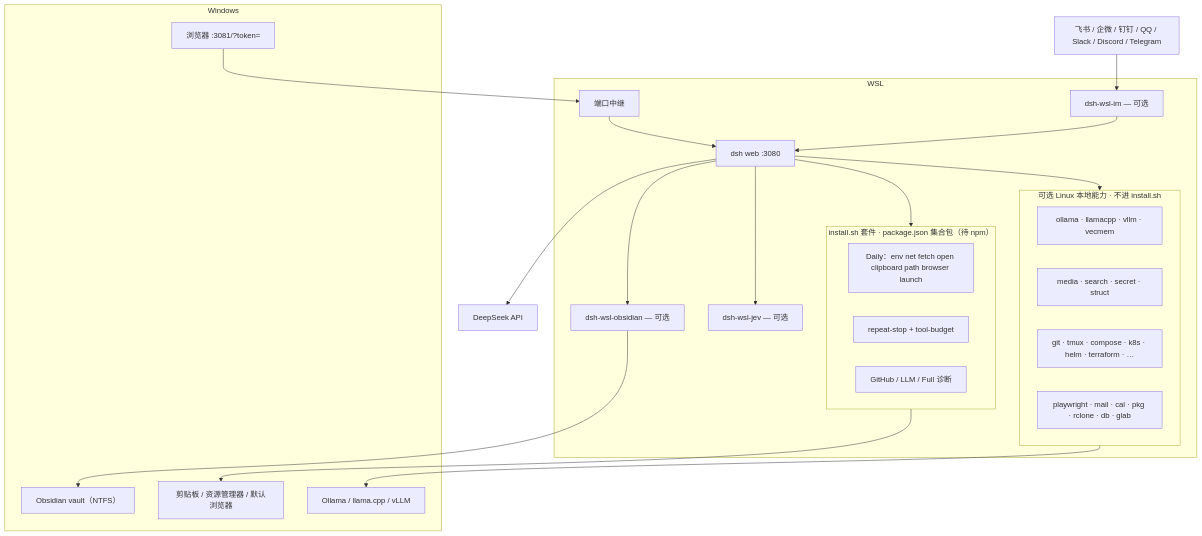
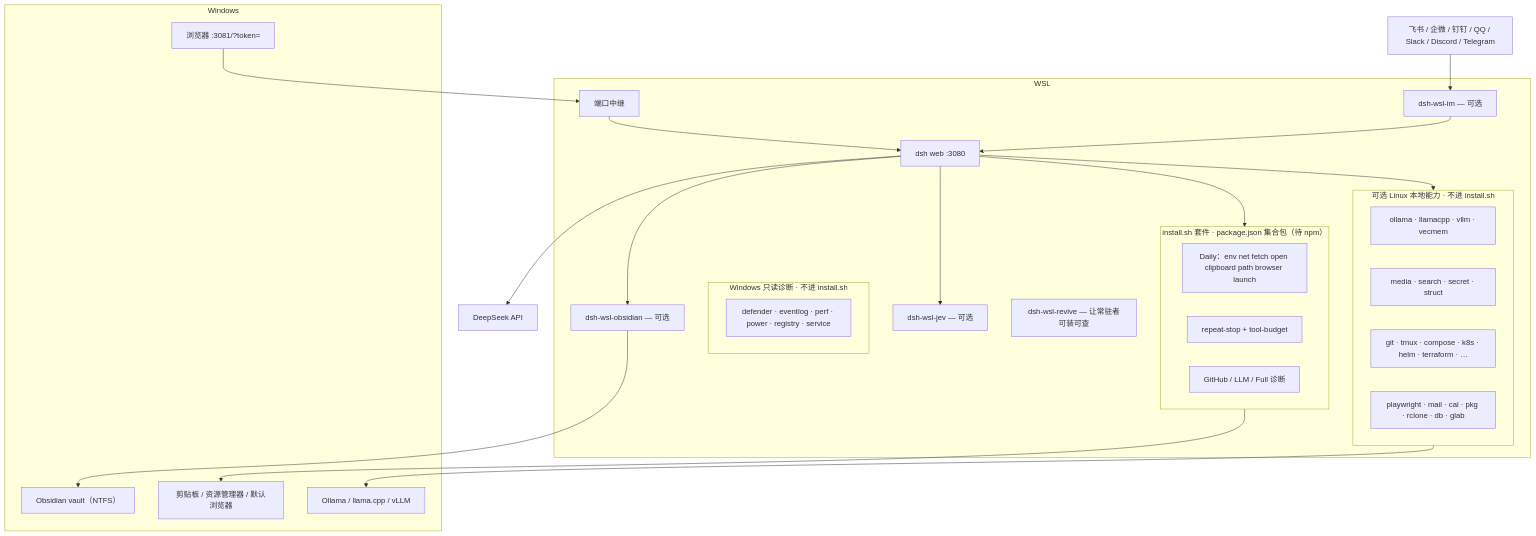
The diagram in README.zh.md (173787247/dsh-wsl-kit), drawn with Mermaid before and after one commit. The commit also changed other lines of this file and 1 other file, not shown here.

First line of the commit message:
docs: say that three plugins install under a different name, and show the newer plugins

````diff
--- a/README.zh.md
+++ b/README.zh.md
@@ -15,40 +15,44 @@
 ```mermaid
 flowchart TB
   subgraph win [Windows]
     browser["浏览器 :3081/?token="]
     host["剪贴板 / 资源管理器 / 默认浏览器"]
     vault["Obsidian vault（NTFS）"]
     localLLM["Ollama / llama.cpp / vLLM"]
   end
   subgraph wslbox [WSL]
     relay["端口中继"]
     dsh["dsh web :3080"]
     subgraph kitPlugins ["install.sh 套件 · package.json 集合包（待 npm）"]
       daily["Daily：env net fetch open clipboard path browser launch"]
       guards["repeat-stop + tool-budget"]
       more["GitHub / LLM / Full 诊断"]
     end
+    subgraph winread [Windows 只读诊断 · 不进 install.sh]
+      wdiag["defender · eventlog · perf · power · registry · service"]
+    end
+    revive["dsh-wsl-revive — 让常驻者可装可查"]
     subgraph linuxOpt [可选 Linux 本地能力 · 不进 install.sh]
       infer["ollama · llamacpp · vllm · vecmem"]
       media["media · search · secret · struct"]
       devops["git · tmux · compose · k8s · helm · terraform · …"]
       desk["playwright · mail · cal · pkg · rclone · db · glab"]
     end
     im["dsh-wsl-im — 可选"]
     obsidian["dsh-wsl-obsidian — 可选"]
     jev["dsh-wsl-jev — 可选"]
   end
   api["DeepSeek API"]
   chats["飞书 / 企微 / 钉钉 / QQ / Slack / Discord / Telegram"]
 
   browser --> relay --> dsh
   dsh --> kitPlugins
   dsh --> linuxOpt
   dsh --> api
   linuxOpt --> localLLM
   kitPlugins --> host
   chats --> im --> dsh
   obsidian --> vault
   dsh --> obsidian
   dsh --> jev
 ```
````
